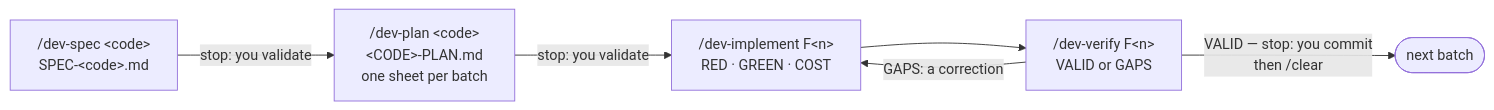
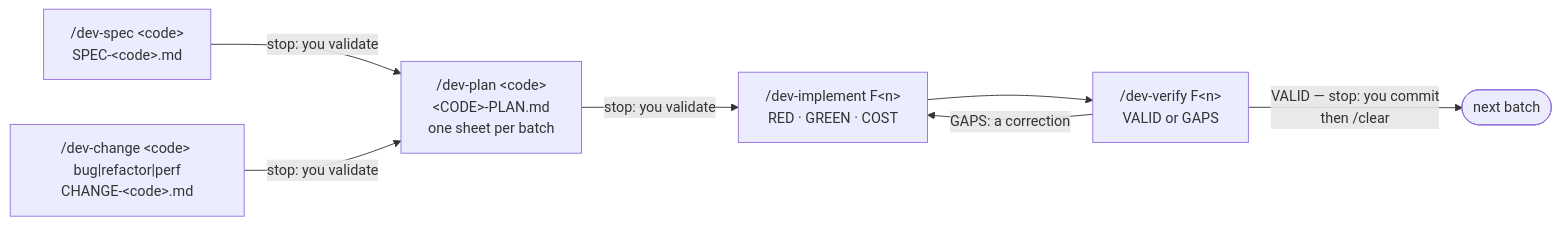
The diagram in docs/workflows/develop.md (Orkeon/orkeon-workshop), drawn with Mermaid before and after one commit. The commit also changed other lines of this file and 70 other files, not shown here.

````diff
--- a/docs/workflows/develop.md
+++ b/docs/workflows/develop.md
@@ -12,8 +14,9 @@
 ```mermaid
 flowchart LR
     s["/dev-spec &lt;code&gt;<br/>SPEC-&lt;code&gt;.md"] -->|"stop: you validate"| p["/dev-plan &lt;code&gt;<br/>&lt;CODE&gt;-PLAN.md<br/>one sheet per batch"]
+    c["/dev-change &lt;code&gt; bug|refactor|perf<br/>CHANGE-&lt;code&gt;.md"] -->|"stop: you validate"| p
     p -->|"stop: you validate"| b["/dev-implement F&lt;n&gt;<br/>RED · GREEN · COST"]
     b --> v["/dev-verify F&lt;n&gt;<br/>VALID or GAPS"]
     v -->|"GAPS: a correction"| b
     v -->|"VALID — stop: you commit<br/>then /clear"| n(["next batch"])
 ```
````
